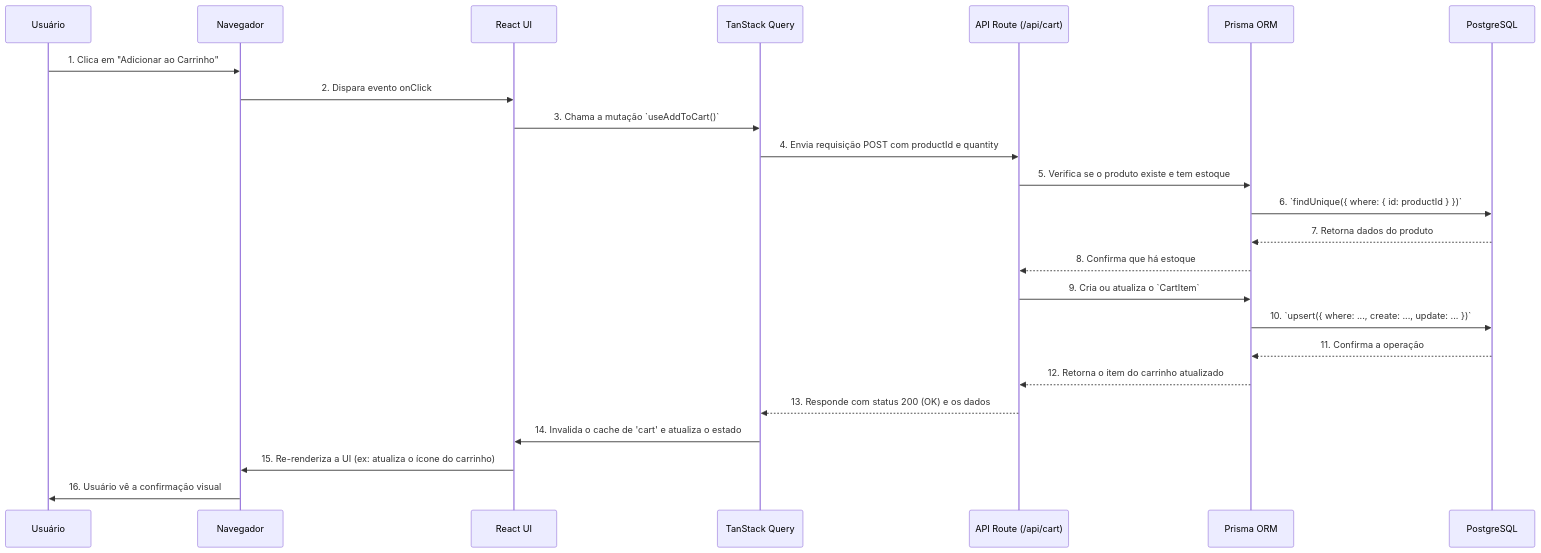
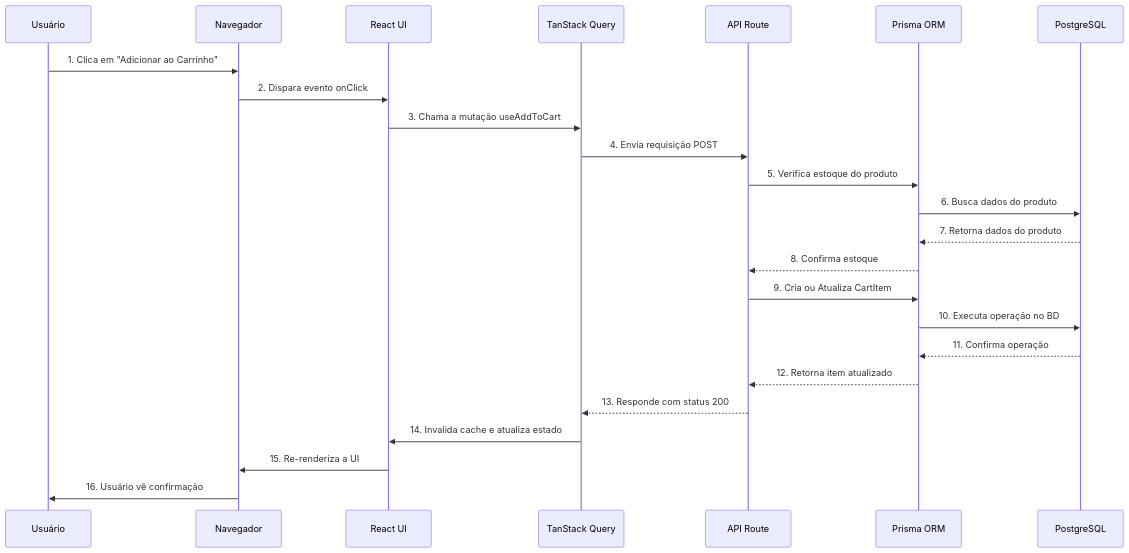
One commit to ppconrado/modern-e-commerce changed the third of 4 diagrams in PROJECT_OVERVIEW.md. Above: the diagram before and after it, drawn with Mermaid. The commit also changed other lines of this file, not shown here.

Commit message:
fix(docs): improve clarity and consistency in project overview diagrams and descriptions

````diff
--- a/PROJECT_OVERVIEW.md
+++ b/PROJECT_OVERVIEW.md
@@ -161,27 +161,27 @@
 ```mermaid
 sequenceDiagram
     participant User as Usuário
     participant Browser as Navegador
     participant React as React UI
     participant TQuery as TanStack Query
-    participant API as API Route (/api/cart)
+    participant API as API Route
     participant Prisma as Prisma ORM
     participant DB as PostgreSQL
 
     User->>Browser: 1. Clica em "Adicionar ao Carrinho"
     Browser->>React: 2. Dispara evento onClick
-    React->>TQuery: 3. Chama a mutação `useAddToCart()`
-    TQuery->>API: 4. Envia requisição POST com productId e quantity
-    API->>Prisma: 5. Verifica se o produto existe e tem estoque
-    Prisma->>DB: 6. `findUnique({ where: { id: productId } })`
+    React->>TQuery: 3. Chama a mutação useAddToCart
+    TQuery->>API: 4. Envia requisição POST
+    API->>Prisma: 5. Verifica estoque do produto
+    Prisma->>DB: 6. Busca dados do produto
     DB-->>Prisma: 7. Retorna dados do produto
-    Prisma-->>API: 8. Confirma que há estoque
-    API->>Prisma: 9. Cria ou atualiza o `CartItem`
-    Prisma->>DB: 10. `upsert({ where: ..., create: ..., update: ... })`
-    DB-->>Prisma: 11. Confirma a operação
-    Prisma-->>API: 12. Retorna o item do carrinho atualizado
-    API-->>TQuery: 13. Responde com status 200 (OK) e os dados
-    TQuery->>React: 14. Invalida o cache de 'cart' e atualiza o estado
-    React->>Browser: 15. Re-renderiza a UI (ex: atualiza o ícone do carrinho)
-    Browser->>User: 16. Usuário vê a confirmação visual
+    Prisma-->>API: 8. Confirma estoque
+    API->>Prisma: 9. Cria ou Atualiza CartItem
+    Prisma->>DB: 10. Executa operação no BD
+    DB-->>Prisma: 11. Confirma operação
+    Prisma-->>API: 12. Retorna item atualizado
+    API-->>TQuery: 13. Responde com status 200
+    TQuery->>React: 14. Invalida cache e atualiza estado
+    React->>Browser: 15. Re-renderiza a UI
+    Browser->>User: 16. Usuário vê confirmação
 ```
````
